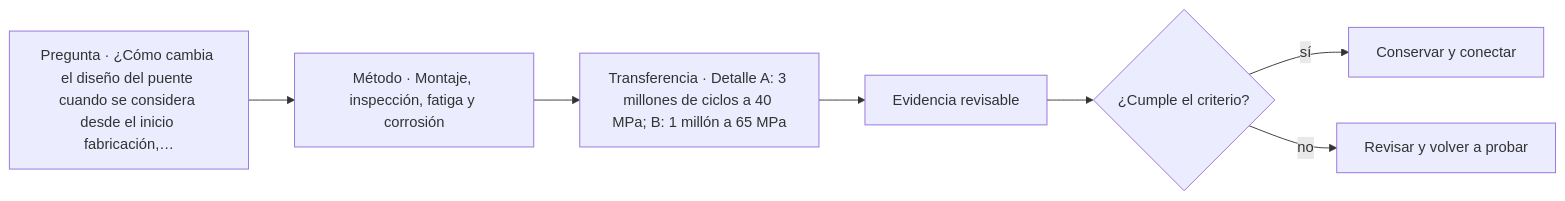
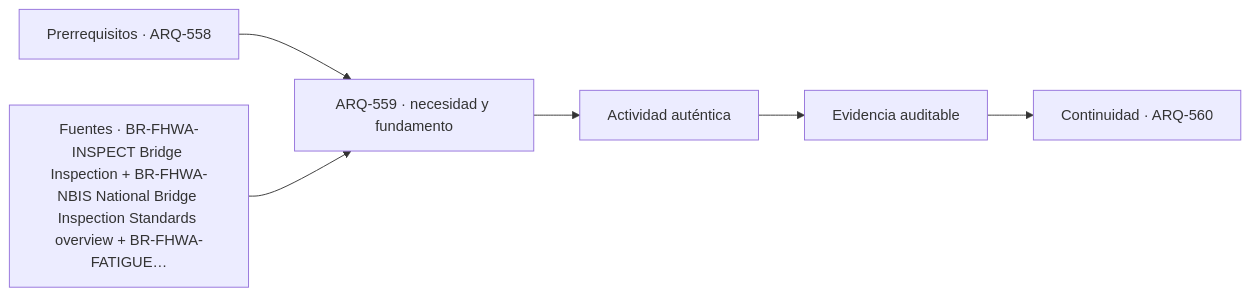
The diagram in classes/parte-56/ARQ-559.md (vladimiracunadev-create/architecture-built-environment-learning-program), drawn with Mermaid before and after one commit. The commit also changed other lines of this file and 761 other files, not shown here.

````diff
--- a/classes/parte-56/ARQ-559.md
+++ b/classes/parte-56/ARQ-559.md
@@ -95,9 +107,8 @@
 ```mermaid
 flowchart LR
-    Q["Pregunta · ¿Cómo cambia el diseño del puente cuando se considera desde el inicio fabricación,…"] --> M["Método · Montaje, inspección, fatiga y corrosión"]
-    M --> P["Transferencia · Detalle A: 3 millones de ciclos a 40 MPa; B: 1 millón a 65 MPa"]
-    P --> E["Evidencia revisable"]
-    E --> C{"¿Cumple el criterio?"}
-    C -->|sí| T["Conservar y conectar"]
-    C -->|no| R["Revisar y volver a probar"]
+    A["Prerrequisitos · ARQ-558"] --> B["ARQ-559 · necesidad y fundamento"]
+    S["Fuentes · BR-FHWA-INSPECT Bridge Inspection + BR-FHWA-NBIS National Bridge Inspection Standards overview + BR-FHWA-FATIGUE…"] --> B
+    B --> C["Actividad auténtica"]
+    C --> D["Evidencia auditable"]
+    D --> E["Continuidad · ARQ-560"]
 ```
````
